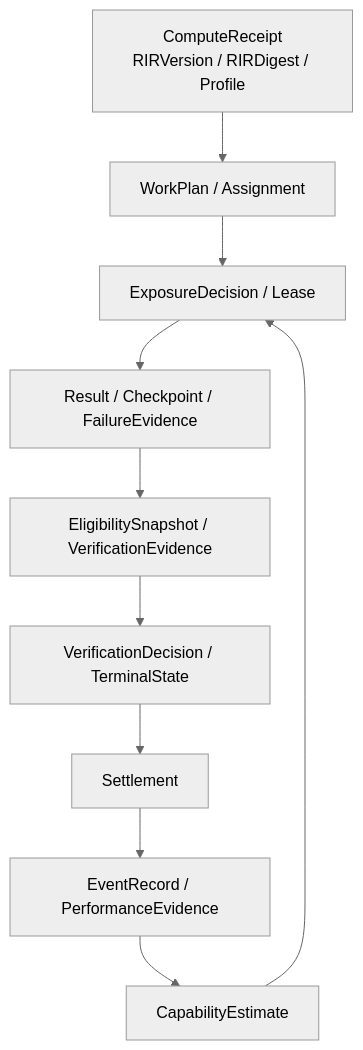
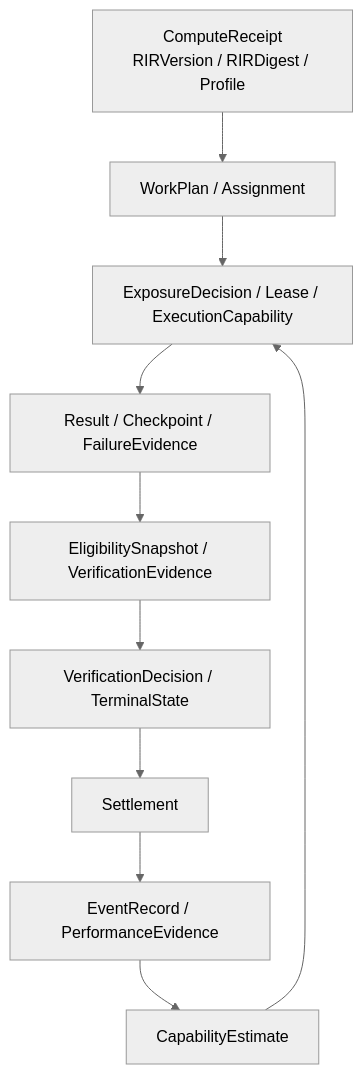
One commit to ZeroMatrixTech/ACLt changed the second of 2 diagrams in docs/02-architecture/system-architecture.md. Above: the diagram before and after it, drawn with Mermaid (neutral theme). The commit also changed other lines of this file and 36 other files, not shown here.

````diff
--- a/docs/02-architecture/system-architecture.md
+++ b/docs/02-architecture/system-architecture.md
@@ -137,12 +139,12 @@
 ```mermaid
 flowchart TD
     R["ComputeReceipt\nRIRVersion / RIRDigest / Profile"] --> W["WorkPlan / Assignment"]
-    W --> X["ExposureDecision / Lease"]
+    W --> X["ExposureDecision / Lease / ExecutionCapability"]
     X --> S["Result / Checkpoint / FailureEvidence"]
     S --> V["EligibilitySnapshot / VerificationEvidence"]
     V --> D["VerificationDecision / TerminalState"]
     D --> T["Settlement"]
     T --> E["EventRecord / PerformanceEvidence"]
     E --> C["CapabilityEstimate"]
     C --> X
 ```
````
